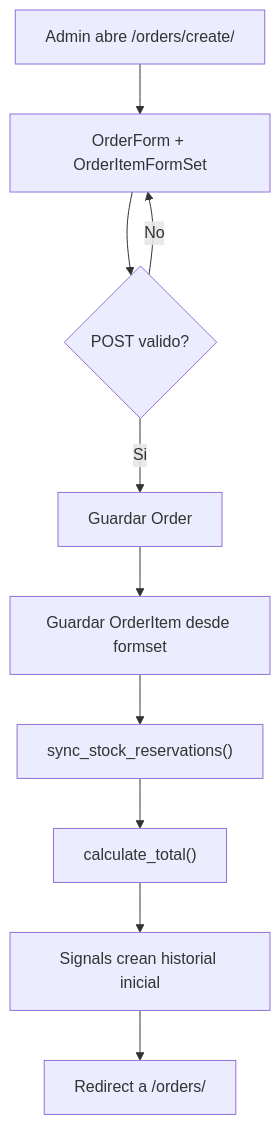
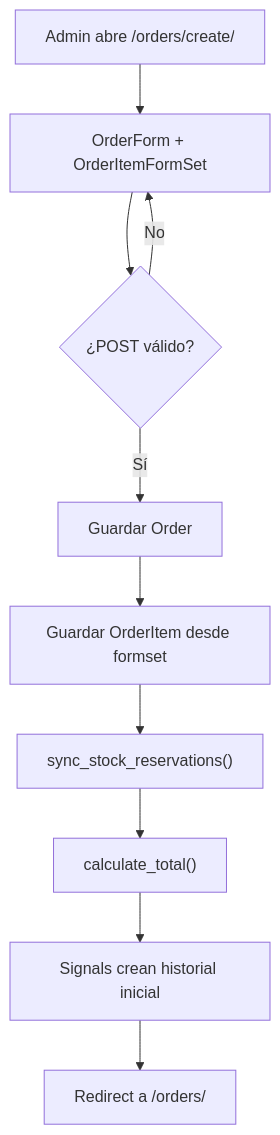
Before and after one commit to Braian551/AngelowDjangoOrders: the seventh of 8 diagrams in README.md, drawn with Mermaid. The commit also changed other lines of this file and 2 other files, not shown here.

First line of the commit message:
docs: se insertan uml mermaid en las diferentes documentaciones

````diff
--- a/README.md
+++ b/README.md
@@ -170,12 +471,12 @@
 ```mermaid
 flowchart TD
     A["Admin abre /orders/create/"] --> B["OrderForm + OrderItemFormSet"]
-    B --> C{"POST valido?"}
+    B --> C{"¿POST válido?"}
     C -->|"No"| B
-    C -->|"Si"| D["Guardar Order"]
+    C -->|"Sí"| D["Guardar Order"]
     D --> E["Guardar OrderItem desde formset"]
     E --> F["sync_stock_reservations()"]
     F --> G["calculate_total()"]
     G --> H["Signals crean historial inicial"]
     H --> I["Redirect a /orders/"]
 ```
````
